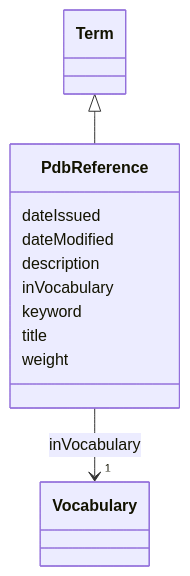
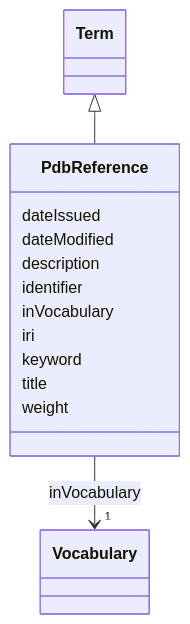
Before and after one commit to EVORA-project/evora-ontology: the diagram in models/docs/PdbReference.md, drawn with Mermaid. The commit also changed other lines of this file and 391 other files, not shown here.

````diff
--- a/models/docs/PdbReference.md
+++ b/models/docs/PdbReference.md
@@ -19,30 +19,34 @@
 ```mermaid
  classDiagram
     class PdbReference
     click PdbReference href "../PdbReference"
       Term <|-- PdbReference
         click Term href "../Term"
       
       PdbReference : dateIssued
         
       PdbReference : dateModified
         
       PdbReference : description
         
+      PdbReference : identifier
+        
       PdbReference : inVocabulary
         
           
     
     
     PdbReference --> "1" Vocabulary : inVocabulary
     click Vocabulary href "../Vocabulary"
 
         
+      PdbReference : iri
+        
       PdbReference : keyword
         
       PdbReference : title
         
       PdbReference : weight
         
       
 ```
````
